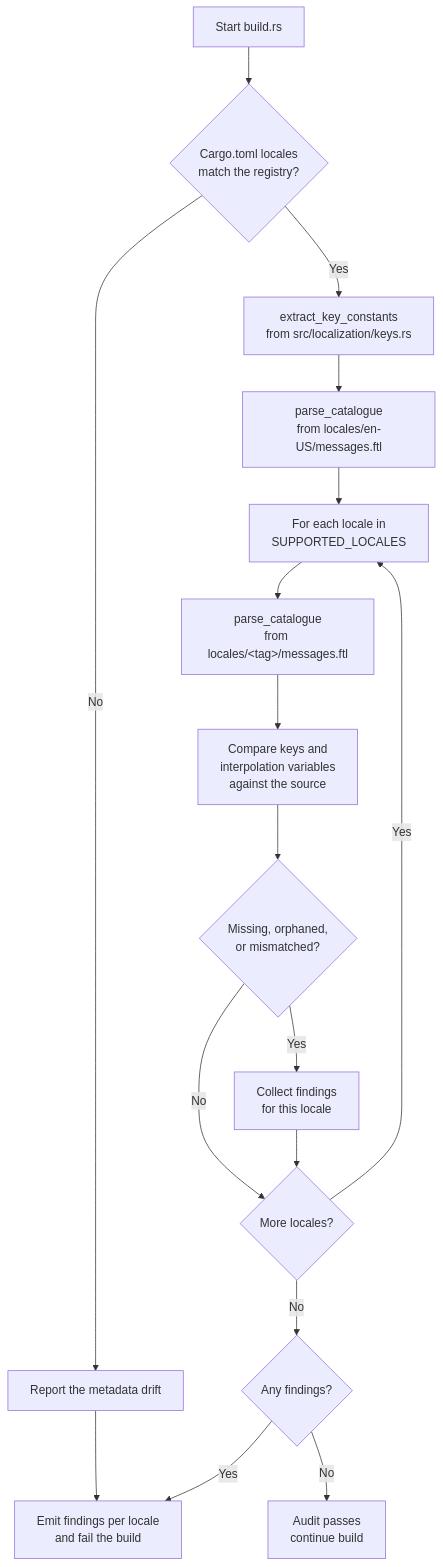
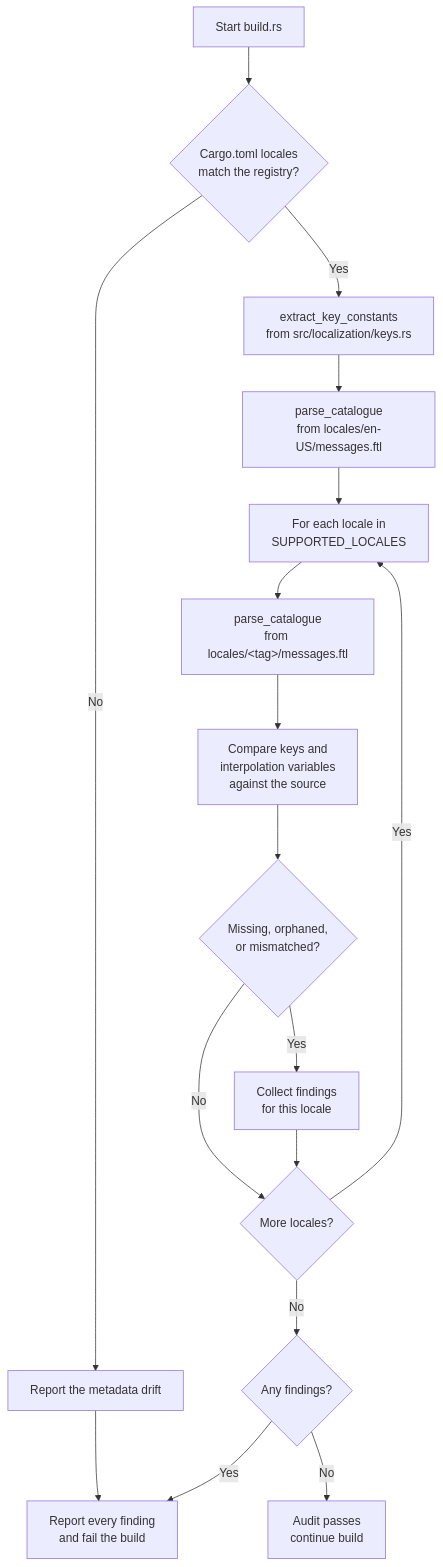
Before and after one commit to leynos/netsuke: the tenth of 13 diagrams in docs/netsuke-design.md, drawn with Mermaid. The commit also changed 12 other files, not shown here.

````diff
--- a/docs/netsuke-design.md
+++ b/docs/netsuke-design.md
@@ -2559,23 +2559,23 @@
 ```mermaid
 flowchart TD
     A_Start["Start build.rs"] --> B_Metadata
     B_Metadata{"Cargo.toml locales<br/>match the registry?"} -->|No| N_Drift
     N_Drift["Report the metadata drift"] --> M_Fail
     B_Metadata -->|Yes| C_ReadKeys
     C_ReadKeys["extract_key_constants<br/>from src/localization/keys.rs"] --> D_ReadSource
     D_ReadSource["parse_catalogue<br/>from locales/en-US/messages.ftl"] --> E_Loop
 
     E_Loop["For each locale in<br/>SUPPORTED_LOCALES"] --> F_Parse
     F_Parse["parse_catalogue<br/>from locales/&lt;tag&gt;/messages.ftl"] --> G_Compare
     G_Compare["Compare keys and<br/>interpolation variables<br/>against the source"] --> I_Check
 
     I_Check{"Missing, orphaned,<br/>or mismatched?"} -->|No| J_Next
     I_Check -->|Yes| H_Error["Collect findings<br/>for this locale"]
     H_Error --> J_Next
 
     J_Next{"More locales?"} -->|Yes| E_Loop
     J_Next -->|No| K_Verdict
 
     K_Verdict{"Any findings?"} -->|No| L_Success["Audit passes<br/>continue build"]
-    K_Verdict -->|Yes| M_Fail["Emit findings per locale<br/>and fail the build"]
+    K_Verdict -->|Yes| M_Fail["Report every finding<br/>and fail the build"]
 ```
````
